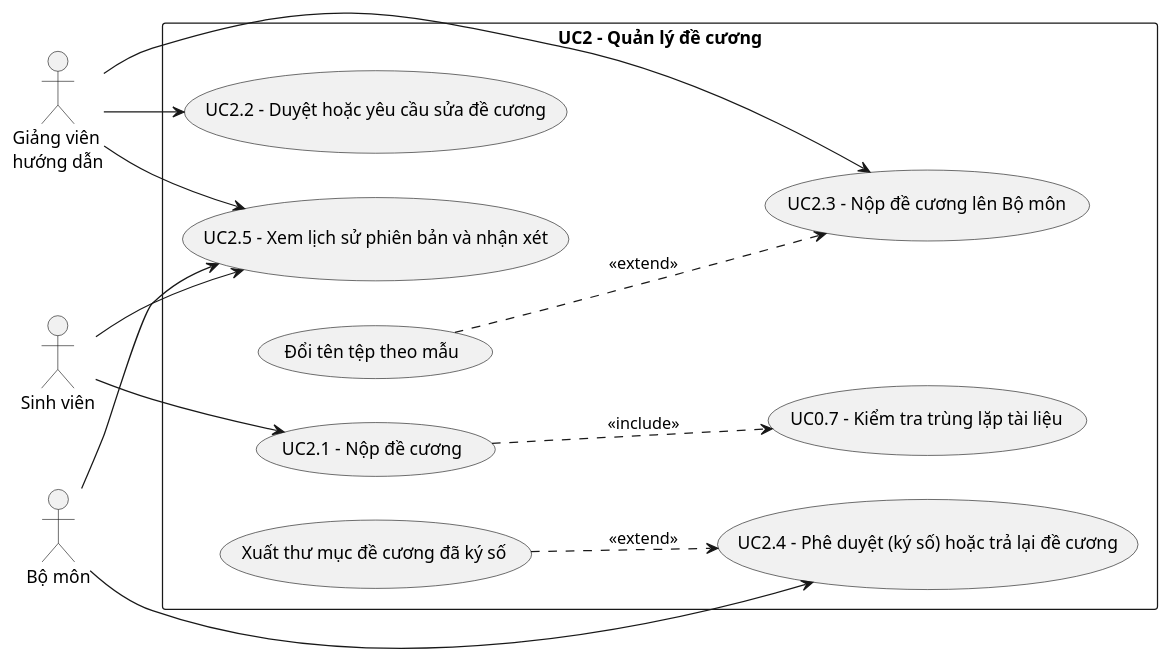
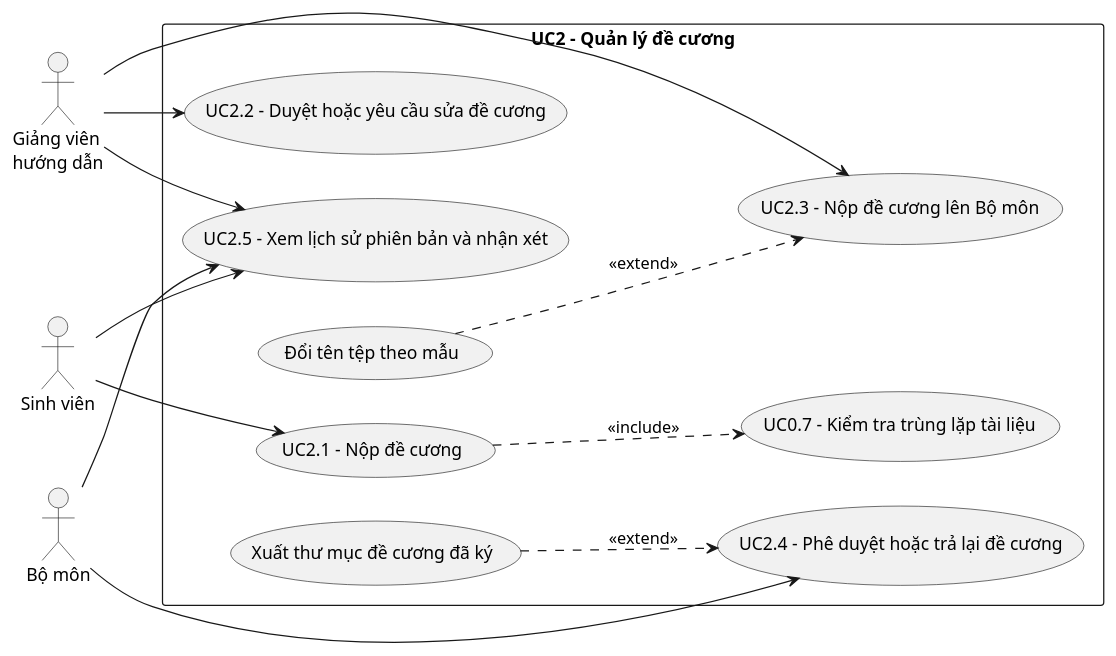
The diagram in docs/chuong-2-khao-sat-phan-tich/uc/uc2-quan-ly-de-cuong.puml (dtc235200036-alt/ICTU-DATN-NguyenThiMaiAnh), drawn with PlantUML before and after one commit. The commit also changed 81 other files, not shown here.

```diff
--- a/docs/chuong-2-khao-sat-phan-tich/uc/uc2-quan-ly-de-cuong.puml
+++ b/docs/chuong-2-khao-sat-phan-tich/uc/uc2-quan-ly-de-cuong.puml
@@ -1,31 +1,31 @@
 @startuml uc2-quan-ly-de-cuong
 left to right direction
 skinparam packageStyle rectangle
 
 actor "Sinh viên" as SV
 actor "Giảng viên\nhướng dẫn" as GV
 actor "Bộ môn" as BM
 
 rectangle "UC2 – Quản lý đề cương" {
   usecase "UC2.1 – Nộp đề cương" as UC2_1
   usecase "UC2.2 – Duyệt hoặc yêu cầu sửa đề cương" as UC2_2
   usecase "UC2.3 – Nộp đề cương lên Bộ môn" as UC2_3
   usecase "Đổi tên tệp theo mẫu" as UC2_3X
-  usecase "UC2.4 – Phê duyệt (ký số) hoặc trả lại đề cương" as UC2_4
-  usecase "Xuất thư mục đề cương đã ký số" as UC2_4X
+  usecase "UC2.4 – Phê duyệt hoặc trả lại đề cương" as UC2_4
+  usecase "Xuất thư mục đề cương đã ký" as UC2_4X
   usecase "UC2.5 – Xem lịch sử phiên bản và nhận xét" as UC2_5
   usecase "UC0.7 – Kiểm tra trùng lặp tài liệu" as UC0_7
 }
 
 SV --> UC2_1
 GV --> UC2_2
 GV --> UC2_3
 BM --> UC2_4
 SV --> UC2_5
 GV --> UC2_5
 BM --> UC2_5
 
 UC2_1 ..> UC0_7 : <<include>>
 UC2_3X ..> UC2_3 : <<extend>>
 UC2_4X ..> UC2_4 : <<extend>>
 @enduml
```
